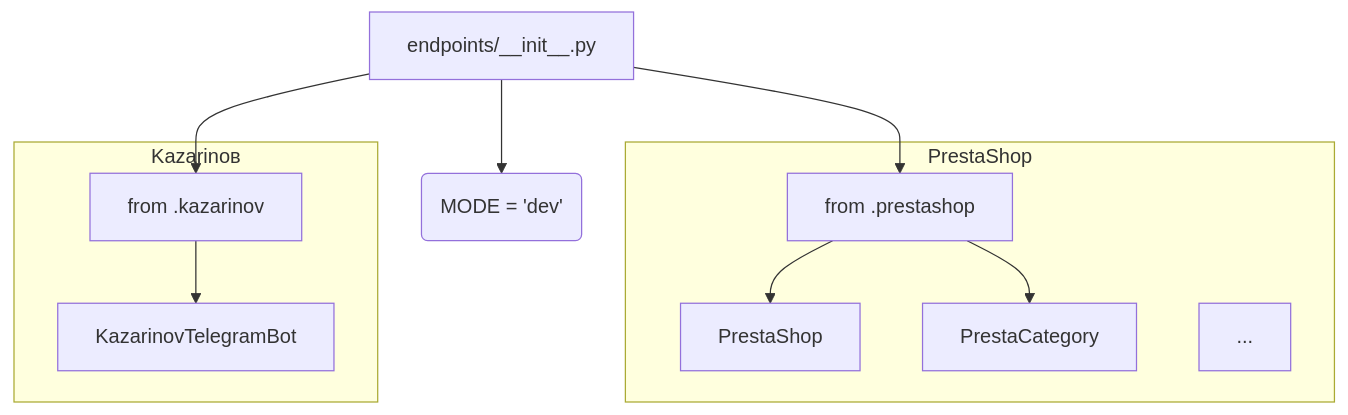
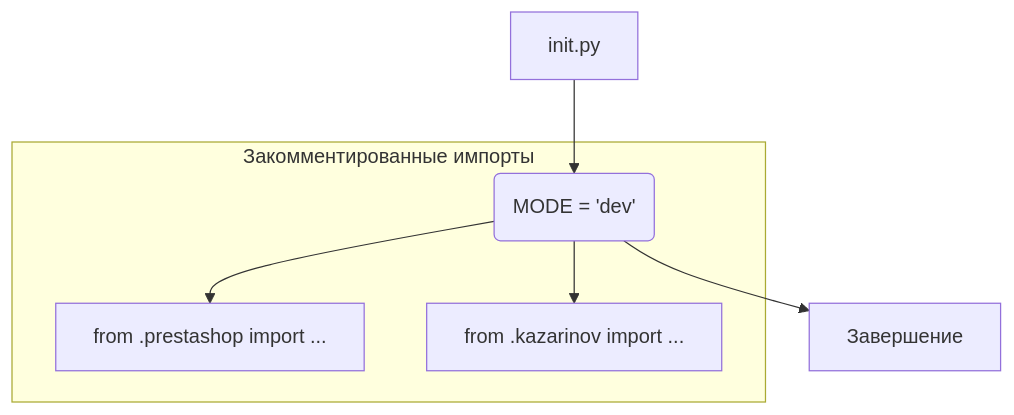
The second of 2 diagrams in docs/gemini/ru/explainer/src/endpoints/__init__.md (hypo69/hypo), drawn with Mermaid before and after one commit. The commit also changed other lines of this file and 877 other files, not shown here.

````diff
--- a/docs/gemini/ru/explainer/src/endpoints/__init__.md
+++ b/docs/gemini/ru/explainer/src/endpoints/__init__.md
@@ -32,14 +39,9 @@
 ```mermaid
 graph TD
-    A[endpoints/__init__.py] --> B(MODE = 'dev');
-    A --> C[from .prestashop];
-    A --> D[from .kazarinov];
-    subgraph PrestaShop
-        C --> E[PrestaShop];
-        C --> F[PrestaCategory];
-        ...
+    A[init.py] --> B(MODE = 'dev');
+    subgraph "Закомментированные импорты"
+        B --> C[from .prestashop import ...];
+        B --> D[from .kazarinov import ...];
     end
-    subgraph Kazarinов
-        D --> G[KazarinovTelegramBot];
-    end
+    B --> E[Завершение]
 ```
````
